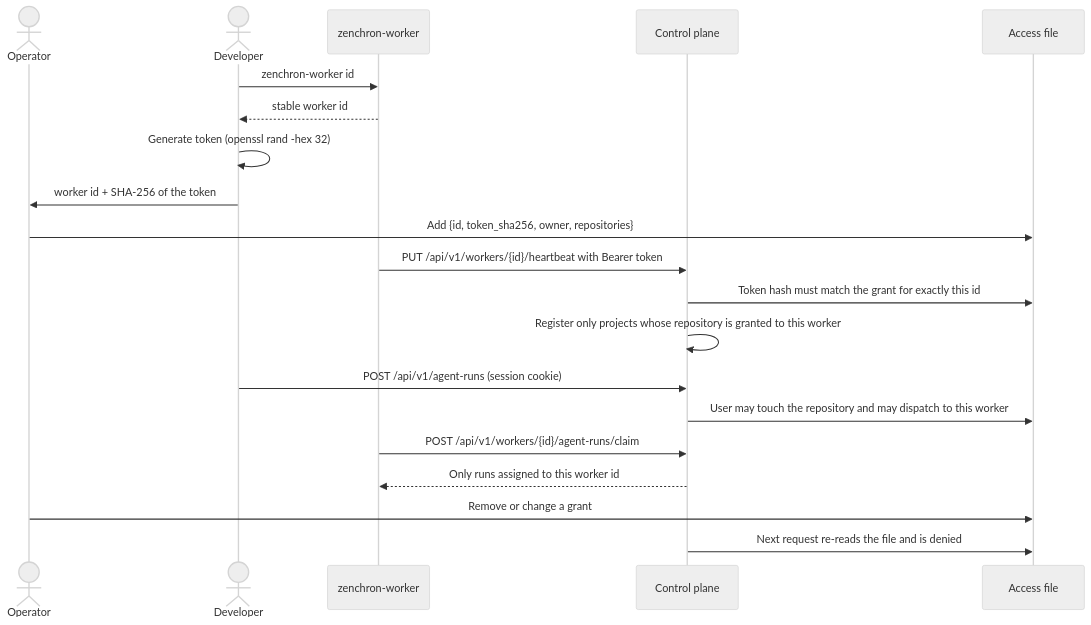
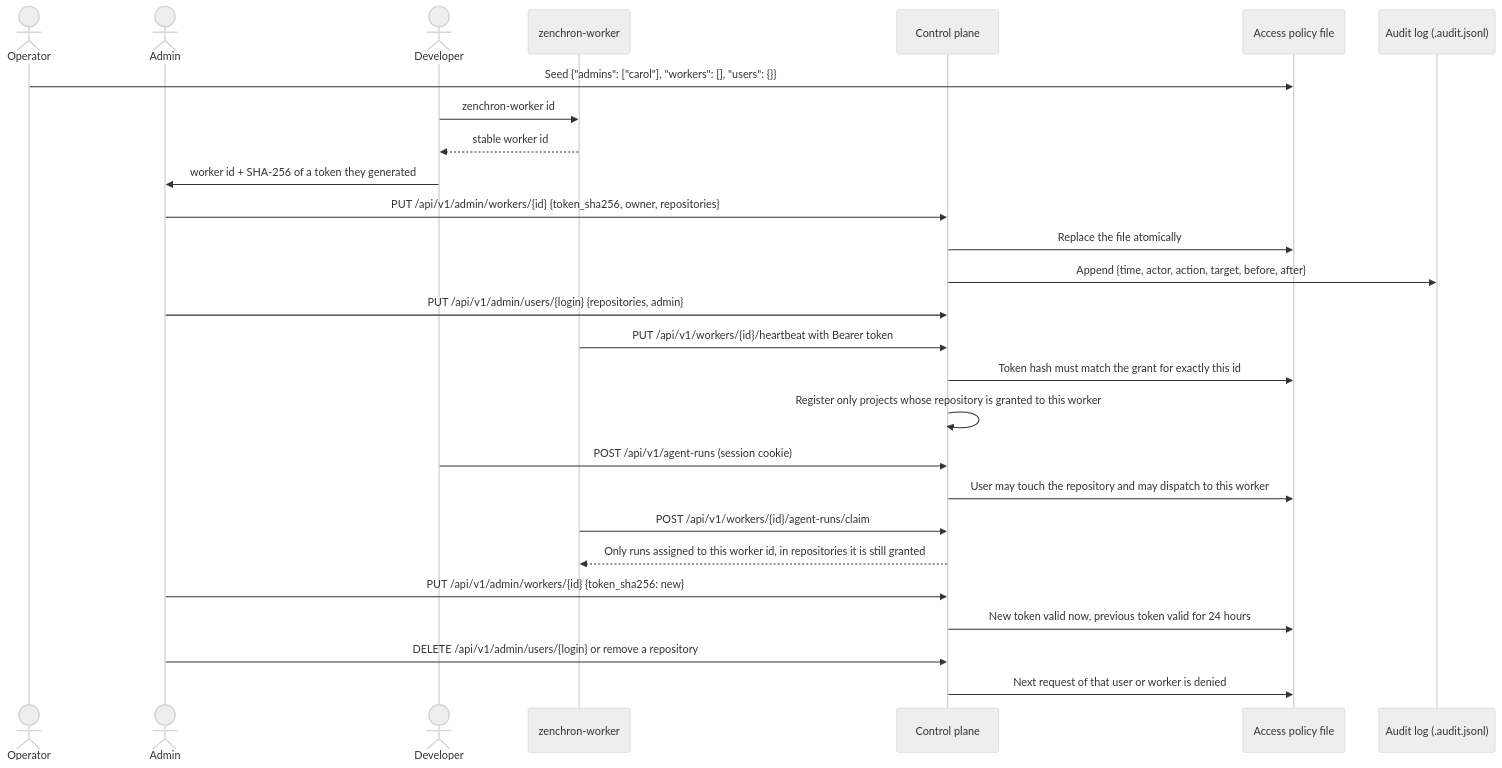
One commit to bogdaniel/zenchron-engineering-os changed the first of 2 diagrams in docs/features/worker-enrollment-and-project-access.md. Above: the diagram before and after it, drawn with Mermaid (neutral theme). The commit also changed other lines of this file and 1 other file, not shown here.

First line of the commit message:
docs: access model, provider isolation boundary, and GitHub webhooks

````diff
--- a/docs/features/worker-enrollment-and-project-access.md
+++ b/docs/features/worker-enrollment-and-project-access.md
@@ -10,22 +10,29 @@
 ```mermaid
 sequenceDiagram
   actor Operator
+  actor Admin
   actor Developer
   participant Worker as zenchron-worker
   participant API as Control plane
-  participant Access as Access file
+  participant Policy as Access policy file
+  participant Audit as Audit log (.audit.jsonl)
+  Operator->>Policy: Seed {"admins": ["carol"], "workers": [], "users": {}}
   Developer->>Worker: zenchron-worker id
   Worker-->>Developer: stable worker id
-  Developer->>Developer: Generate token (openssl rand -hex 32)
-  Developer->>Operator: worker id + SHA-256 of the token
-  Operator->>Access: Add {id, token_sha256, owner, repositories}
+  Developer->>Admin: worker id + SHA-256 of a token they generated
+  Admin->>API: PUT /api/v1/admin/workers/{id} {token_sha256, owner, repositories}
+  API->>Policy: Replace the file atomically
+  API->>Audit: Append {time, actor, action, target, before, after}
+  Admin->>API: PUT /api/v1/admin/users/{login} {repositories, admin}
   Worker->>API: PUT /api/v1/workers/{id}/heartbeat with Bearer token
-  API->>Access: Token hash must match the grant for exactly this id
+  API->>Policy: Token hash must match the grant for exactly this id
   API->>API: Register only projects whose repository is granted to this worker
   Developer->>API: POST /api/v1/agent-runs (session cookie)
-  API->>Access: User may touch the repository and may dispatch to this worker
+  API->>Policy: User may touch the repository and may dispatch to this worker
   Worker->>API: POST /api/v1/workers/{id}/agent-runs/claim
-  API-->>Worker: Only runs assigned to this worker id
-  Operator->>Access: Remove or change a grant
-  API->>Access: Next request re-reads the file and is denied
+  API-->>Worker: Only runs assigned to this worker id, in repositories it is still granted
+  Admin->>API: PUT /api/v1/admin/workers/{id} {token_sha256: new}
+  API->>Policy: New token valid now, previous token valid for 24 hours
+  Admin->>API: DELETE /api/v1/admin/users/{login} or remove a repository
+  API->>Policy: Next request of that user or worker is denied
 ```
````
